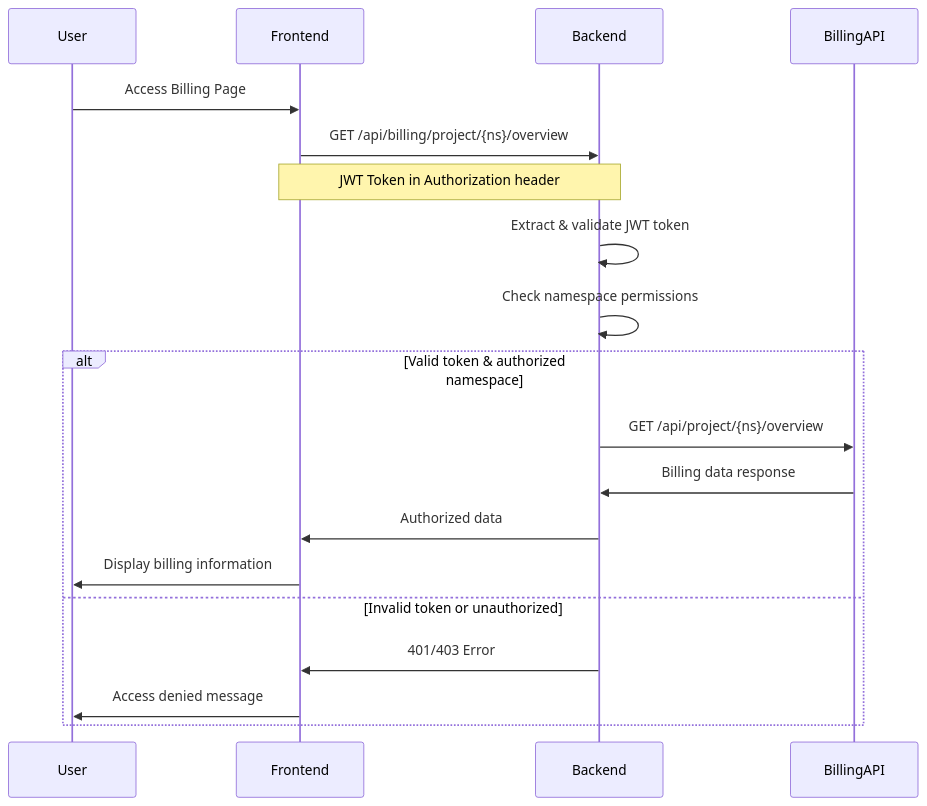
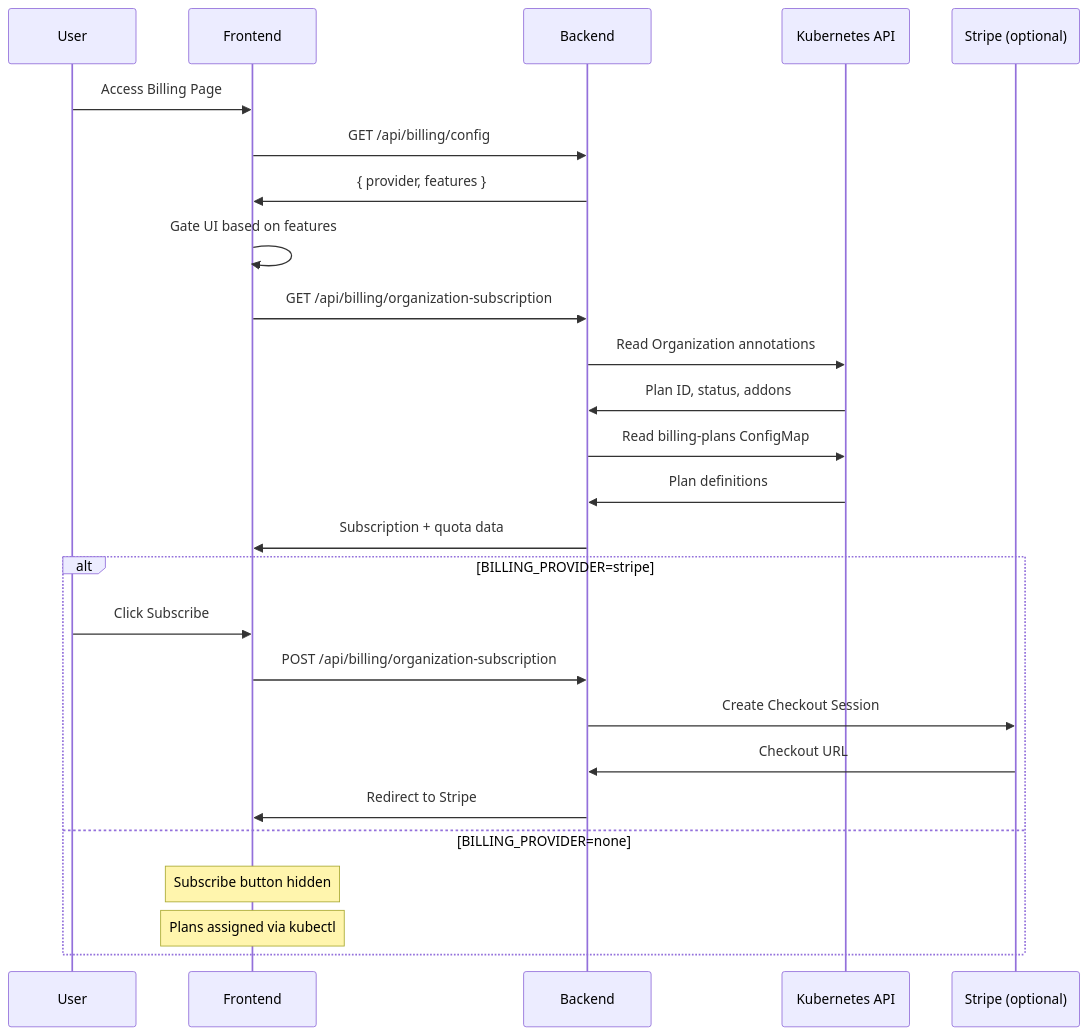
One commit to kube-dc/kube-dc-public changed the second of 2 diagrams in docs/internal-billing-integration.md. Above: the diagram before and after it, drawn with Mermaid. The commit also changed other lines of this file and 32 other files, not shown here.

````diff
--- a/docs/internal-billing-integration.md
+++ b/docs/internal-billing-integration.md
@@ -38,24 +55,31 @@
 ```mermaid
 sequenceDiagram
     participant User
     participant Frontend
     participant Backend
-    participant BillingAPI
+    participant K8s as Kubernetes API
+    participant Stripe as Stripe (optional)
     
     User->>Frontend: Access Billing Page
-    Frontend->>Backend: GET /api/billing/project/{ns}/overview
-    Note over Frontend,Backend: JWT Token in Authorization header
+    Frontend->>Backend: GET /api/billing/config
+    Backend->>Frontend: { provider, features }
+    Frontend->>Frontend: Gate UI based on features
     
-    Backend->>Backend: Extract & validate JWT token
-    Backend->>Backend: Check namespace permissions
+    Frontend->>Backend: GET /api/billing/organization-subscription
+    Backend->>K8s: Read Organization annotations
+    K8s->>Backend: Plan ID, status, addons
+    Backend->>K8s: Read billing-plans ConfigMap
+    K8s->>Backend: Plan definitions
+    Backend->>Frontend: Subscription + quota data
     
-    alt Valid token & authorized namespace
-        Backend->>BillingAPI: GET /api/project/{ns}/overview
-        BillingAPI->>Backend: Billing data response
-        Backend->>Frontend: Authorized data
-        Frontend->>User: Display billing information
-    else Invalid token or unauthorized
-        Backend->>Frontend: 401/403 Error
-        Frontend->>User: Access denied message
+    alt BILLING_PROVIDER=stripe
+        User->>Frontend: Click Subscribe
+        Frontend->>Backend: POST /api/billing/organization-subscription
+        Backend->>Stripe: Create Checkout Session
+        Stripe->>Backend: Checkout URL
+        Backend->>Frontend: Redirect to Stripe
+    else BILLING_PROVIDER=none
+        Note over Frontend: Subscribe button hidden
+        Note over Frontend: Plans assigned via kubectl
     end
 ```
````
